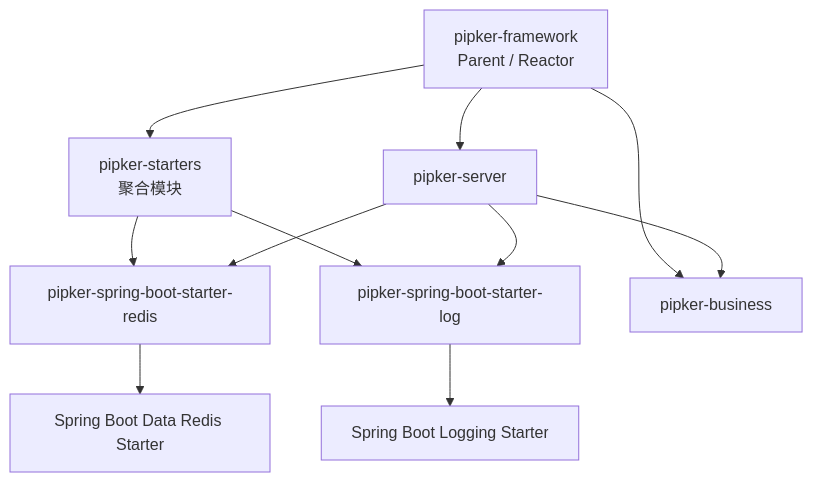
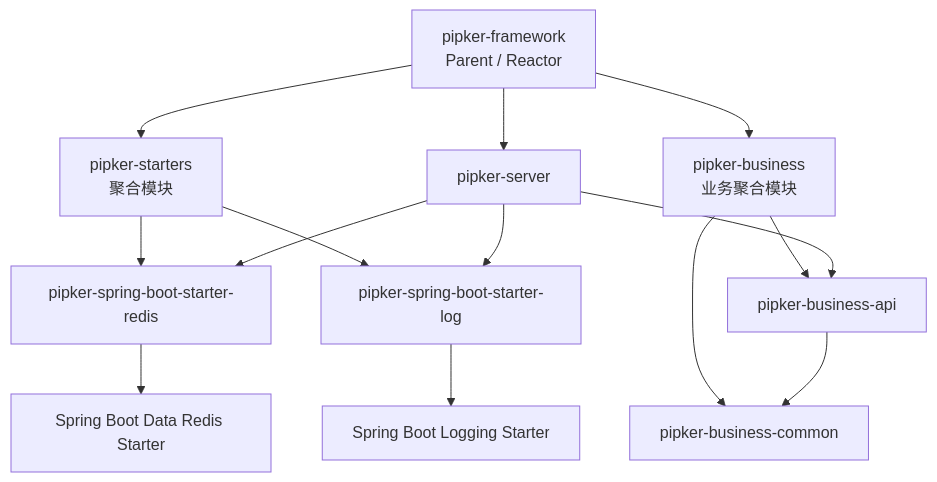
One commit to holic512/PipkerFramework changed the diagram in backend/README.md. Above: the diagram before and after it, drawn with Mermaid. The commit also changed other lines of this file and 17 other files, not shown here.

Commit message:
[refactor] [1.将业务模块调整为公共与 API 子模块。 2.更新 Server 业务依赖和模块说明。]

````diff
--- a/backend/README.md
+++ b/backend/README.md
@@ -31,22 +35,27 @@
 ```mermaid
 flowchart TD
     Framework["pipker-framework<br/>Parent / Reactor"]
     Starters["pipker-starters<br/>聚合模块"]
     Redis["pipker-spring-boot-starter-redis"]
     Log["pipker-spring-boot-starter-log"]
-    Business["pipker-business"]
+    Business["pipker-business<br/>业务聚合模块"]
+    BusinessCommon["pipker-business-common"]
+    BusinessApi["pipker-business-api"]
     Server["pipker-server"]
     SpringRedis["Spring Boot Data Redis Starter"]
     SpringLog["Spring Boot Logging Starter"]
 
     Framework --> Starters
     Framework --> Business
     Framework --> Server
     Starters --> Redis
     Starters --> Log
-    Server --> Business
+    Business --> BusinessCommon
+    Business --> BusinessApi
+    Server --> BusinessApi
+    BusinessApi --> BusinessCommon
     Server --> Redis
     Server --> Log
     Redis --> SpringRedis
     Log --> SpringLog
 ```
````
